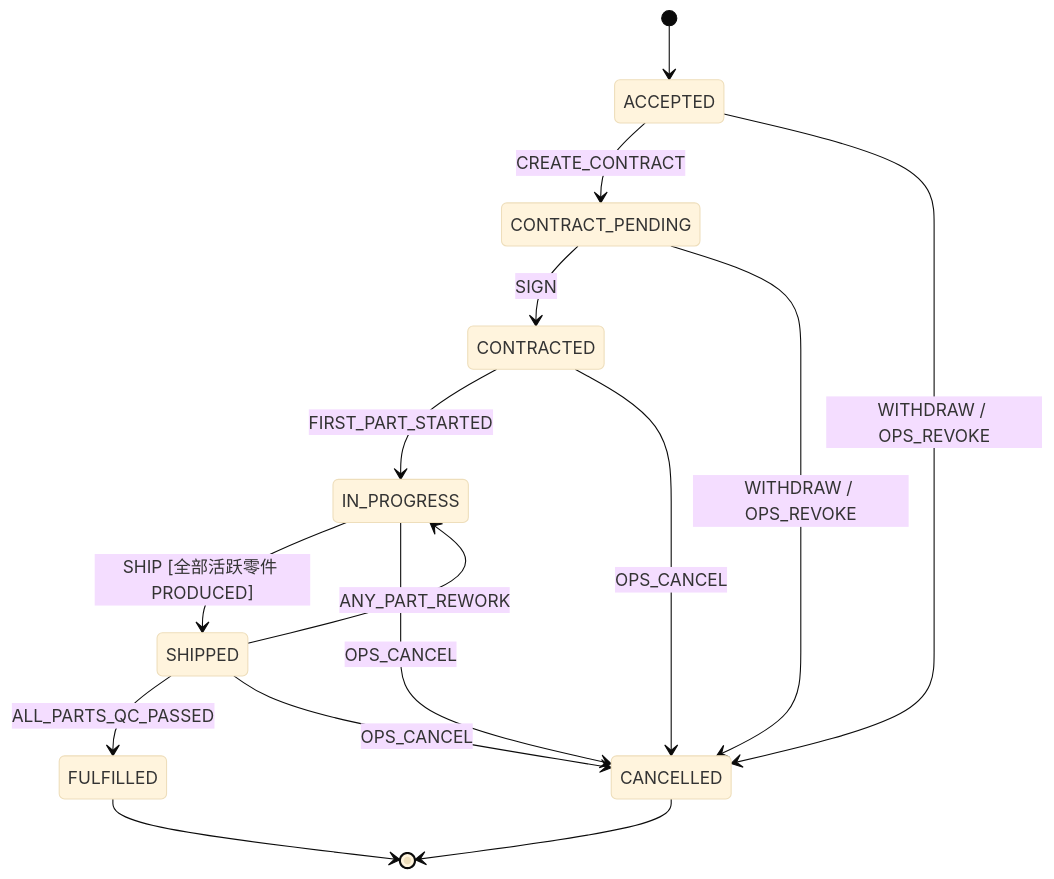
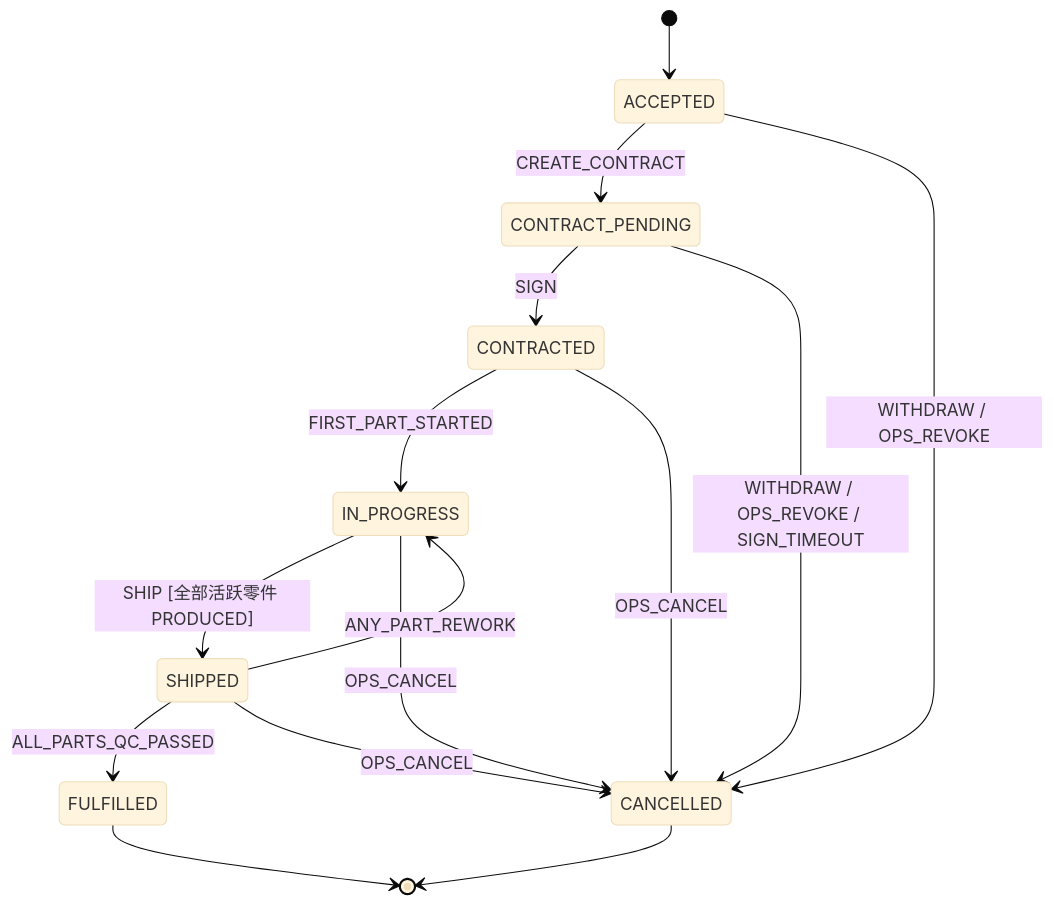
The third of 4 diagrams in docs/design/12-订单与零件状态机.md (yubeining/yuhao_website), drawn with Mermaid (base theme) before and after one commit. The commit also changed other lines of this file, not shown here.

Commit message:
#0, doc, [docs] record the signing timeout and resourcing liability decisions

````diff
--- a/docs/design/12-订单与零件状态机.md
+++ b/docs/design/12-订单与零件状态机.md
@@ -230,17 +233,17 @@
 ```mermaid
 stateDiagram-v2
     [*] --> ACCEPTED
     ACCEPTED --> CONTRACT_PENDING: CREATE_CONTRACT
     CONTRACT_PENDING --> CONTRACTED: SIGN
     CONTRACTED --> IN_PROGRESS: FIRST_PART_STARTED
     IN_PROGRESS --> SHIPPED: SHIP [全部活跃零件 PRODUCED]
     SHIPPED --> FULFILLED: ALL_PARTS_QC_PASSED
     SHIPPED --> IN_PROGRESS: ANY_PART_REWORK
     ACCEPTED --> CANCELLED: WITHDRAW / OPS_REVOKE
-    CONTRACT_PENDING --> CANCELLED: WITHDRAW / OPS_REVOKE
+    CONTRACT_PENDING --> CANCELLED: WITHDRAW / OPS_REVOKE / SIGN_TIMEOUT
     CONTRACTED --> CANCELLED: OPS_CANCEL
     IN_PROGRESS --> CANCELLED: OPS_CANCEL
     SHIPPED --> CANCELLED: OPS_CANCEL
     FULFILLED --> [*]
     CANCELLED --> [*]
 ```
````
